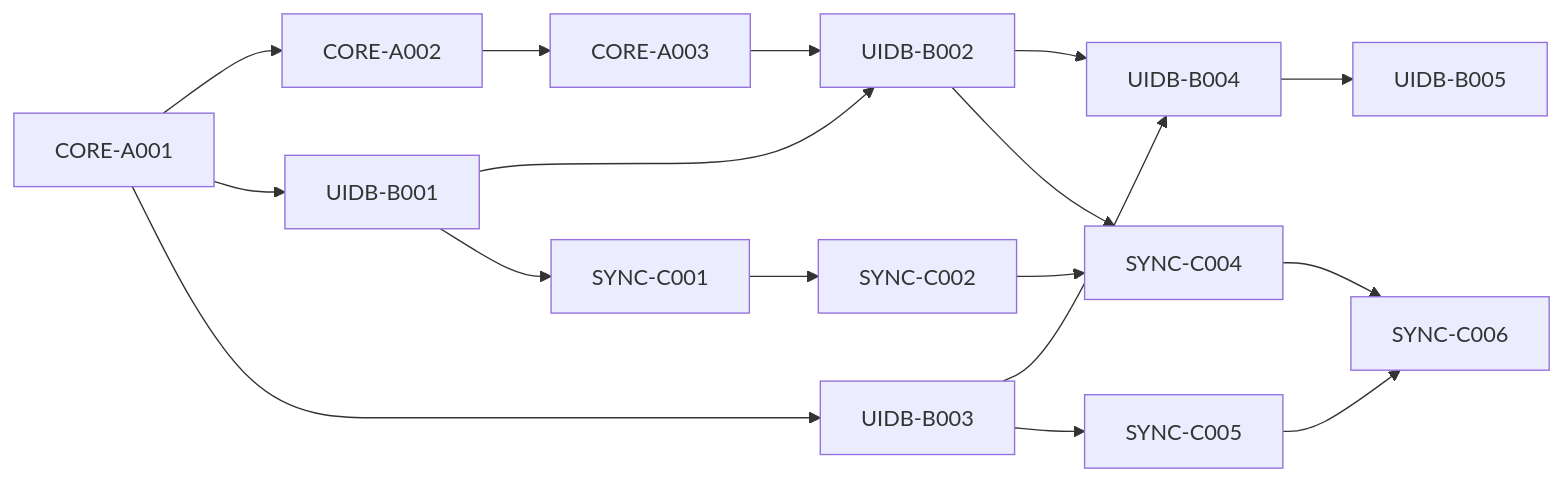
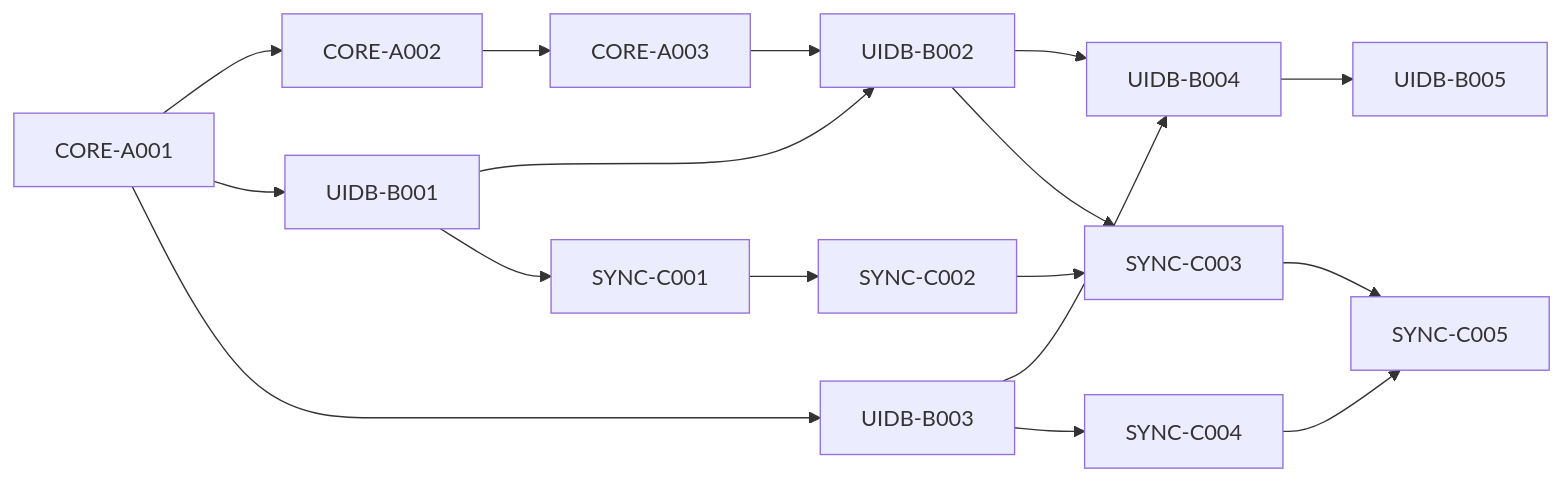
One commit to SkrOYC/burlmd changed the diagram in .constitution/tasks/critical-path.md. Above: the diagram before and after it, drawn with Mermaid. The commit also changed other lines of this file and 4 other files, not shown here.

````diff
--- a/.constitution/tasks/critical-path.md
+++ b/.constitution/tasks/critical-path.md
@@ -26,26 +26,26 @@
 ```mermaid
 flowchart LR
     A001[CORE-A001] --> A002[CORE-A002]
     A001 --> B001[UIDB-B001]
     A001 --> B003[UIDB-B003]
     
     A002 --> A003[CORE-A003]
     
     A003 --> B002[UIDB-B002]
     B001 --> B002
     
     B002 --> B004[UIDB-B004]
     B003 --> B004
     B004 --> B005[UIDB-B005]
     
     B001 --> C001[SYNC-C001]
     C001 --> C002[SYNC-C002]
     
-    C002 --> C004[SYNC-C004]
-    B002 --> C004
+    C002 --> C003[SYNC-C003]
+    B002 --> C003
     
-    B003 --> C005[SYNC-C005]
+    B003 --> C004[SYNC-C004]
     
-    C004 --> C006[SYNC-C006]
-    C005 --> C006
+    C003 --> C005[SYNC-C005]
+    C004 --> C005
 ```
````
